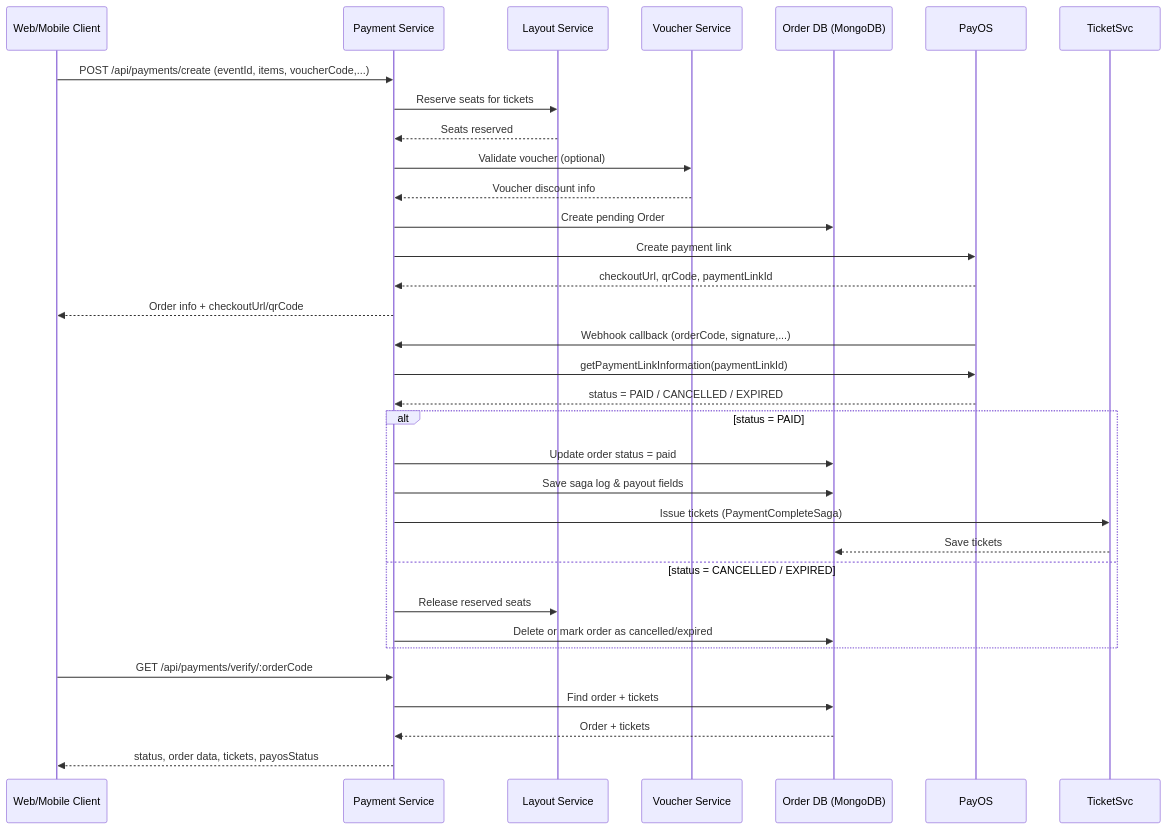
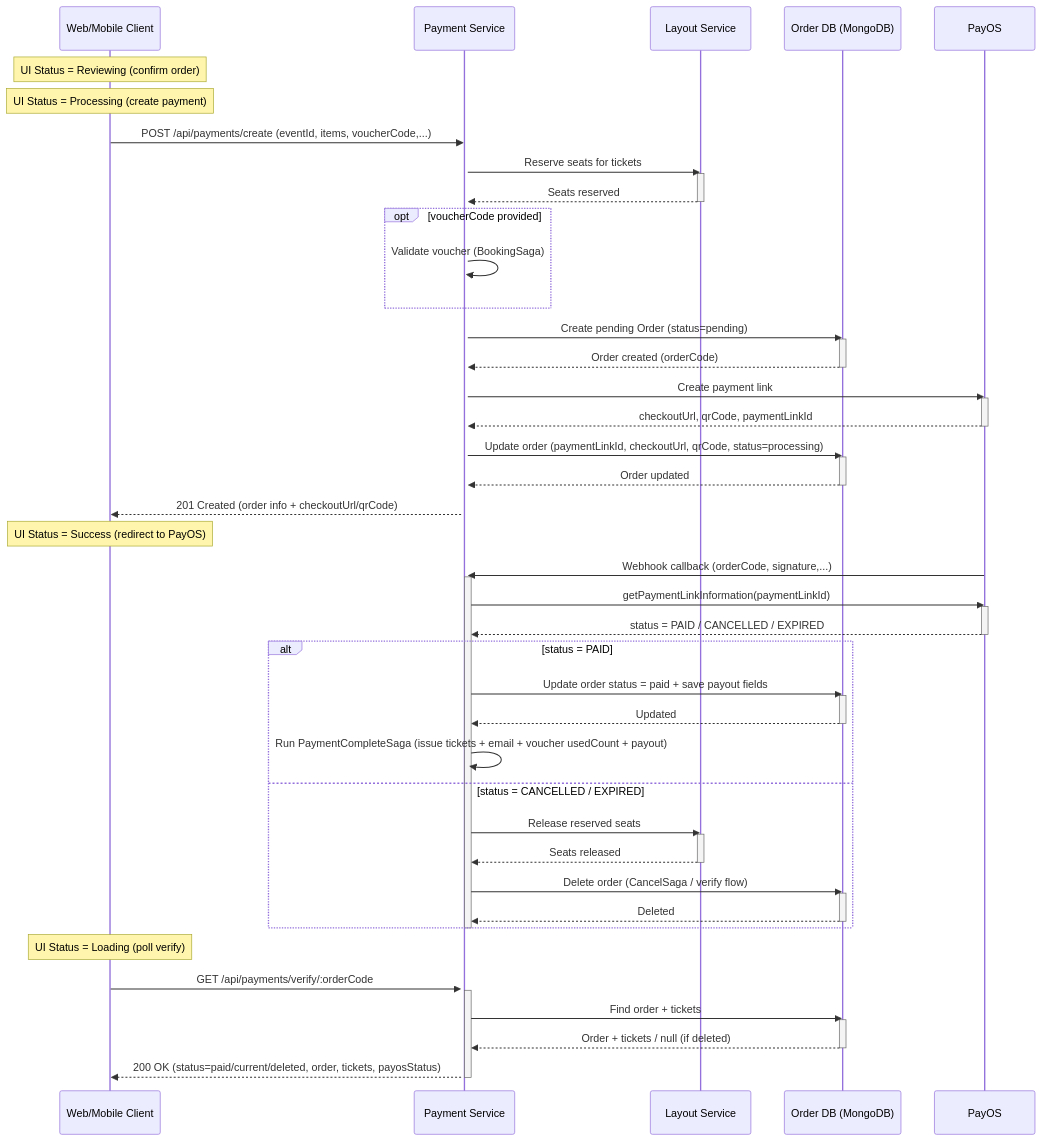
Before and after one commit to SDN-Group5/Event-Ticketing-Platform: diagram 11 of 29 in doc/UML/Phuoc_PaymentCheckin.md, drawn with Mermaid. The commit also changed other lines of this file and 5 other files, not shown here.

````diff
--- a/doc/UML/Phuoc_PaymentCheckin.md
+++ b/doc/UML/Phuoc_PaymentCheckin.md
@@ -137,41 +367,72 @@
 ```mermaid
 sequenceDiagram
     participant FE as Web/Mobile Client
     participant P as Payment Service
     participant L as Layout Service
-    participant V as Voucher Service
     participant DB as Order DB (MongoDB)
     participant OS as PayOS
 
     %% 1) User tạo thanh toán
+    Note over FE: UI Status = Reviewing (confirm order)
+    Note over FE: UI Status = Processing (create payment)
     FE->>P: POST /api/payments/create (eventId, items, voucherCode,...)
+    activate P
     P->>L: Reserve seats for tickets
+    activate L
     L-->>P: Seats reserved
-    P->>V: Validate voucher (optional)
-    V-->>P: Voucher discount info
-    P->>DB: Create pending Order
+    deactivate L
+    opt voucherCode provided
+        P->>P: Validate voucher (BookingSaga)
+    end
+    P->>DB: Create pending Order (status=pending)
+    activate DB
+    DB-->>P: Order created (orderCode)
+    deactivate DB
     P->>OS: Create payment link
+    activate OS
     OS-->>P: checkoutUrl, qrCode, paymentLinkId
-    P-->>FE: Order info + checkoutUrl/qrCode
+    deactivate OS
+    P->>DB: Update order (paymentLinkId, checkoutUrl, qrCode, status=processing)
+    activate DB
+    DB-->>P: Order updated
+    deactivate DB
+    P-->>FE: 201 Created (order info + checkoutUrl/qrCode)
+    Note over FE: UI Status = Success (redirect to PayOS)
 
     %% 2) User thanh toán và PayOS gửi webhook
     OS->>P: Webhook callback (orderCode, signature,...)
+    activate P
     P->>OS: getPaymentLinkInformation(paymentLinkId)
+    activate OS
     OS-->>P: status = PAID / CANCELLED / EXPIRED
+    deactivate OS
     alt status = PAID
-        P->>DB: Update order status = paid
-        P->>DB: Save saga log & payout fields
-        P->>TicketSvc: Issue tickets (PaymentCompleteSaga)
-        TicketSvc-->>DB: Save tickets
+        P->>DB: Update order status = paid + save payout fields
+        activate DB
+        DB-->>P: Updated
+        deactivate DB
+        P->>P: Run PaymentCompleteSaga (issue tickets + email + voucher usedCount + payout)
     else status = CANCELLED / EXPIRED
         P->>L: Release reserved seats
-        P->>DB: Delete or mark order as cancelled/expired
+        activate L
+        L-->>P: Seats released
+        deactivate L
+        P->>DB: Delete order (CancelSaga / verify flow)
+        activate DB
+        DB-->>P: Deleted
+        deactivate DB
     end
+    deactivate P
 
     %% 3) FE kiểm tra kết quả
+    Note over FE: UI Status = Loading (poll verify)
     FE->>P: GET /api/payments/verify/:orderCode
+    activate P
     P->>DB: Find order + tickets
-    DB-->>P: Order + tickets
-    P-->>FE: status, order data, tickets, payosStatus
+    activate DB
+    DB-->>P: Order + tickets / null (if deleted)
+    deactivate DB
+    P-->>FE: 200 OK (status=paid/current/deleted, order, tickets, payosStatus)
+    deactivate P
 
 ```
````
